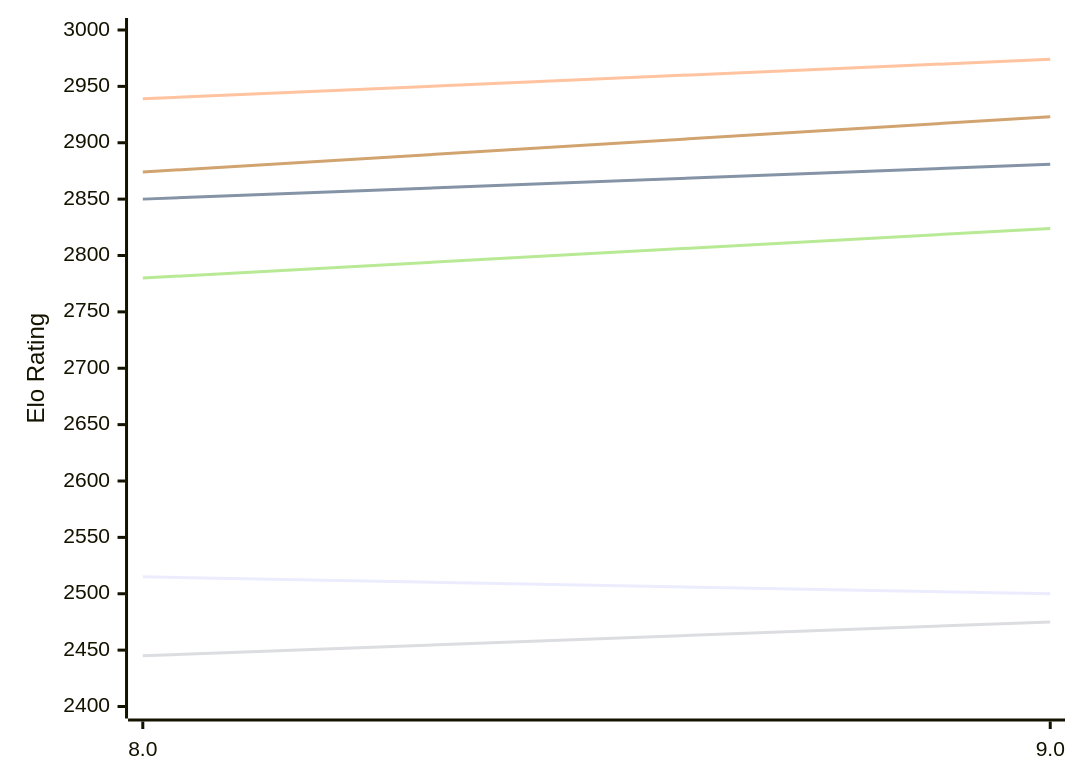
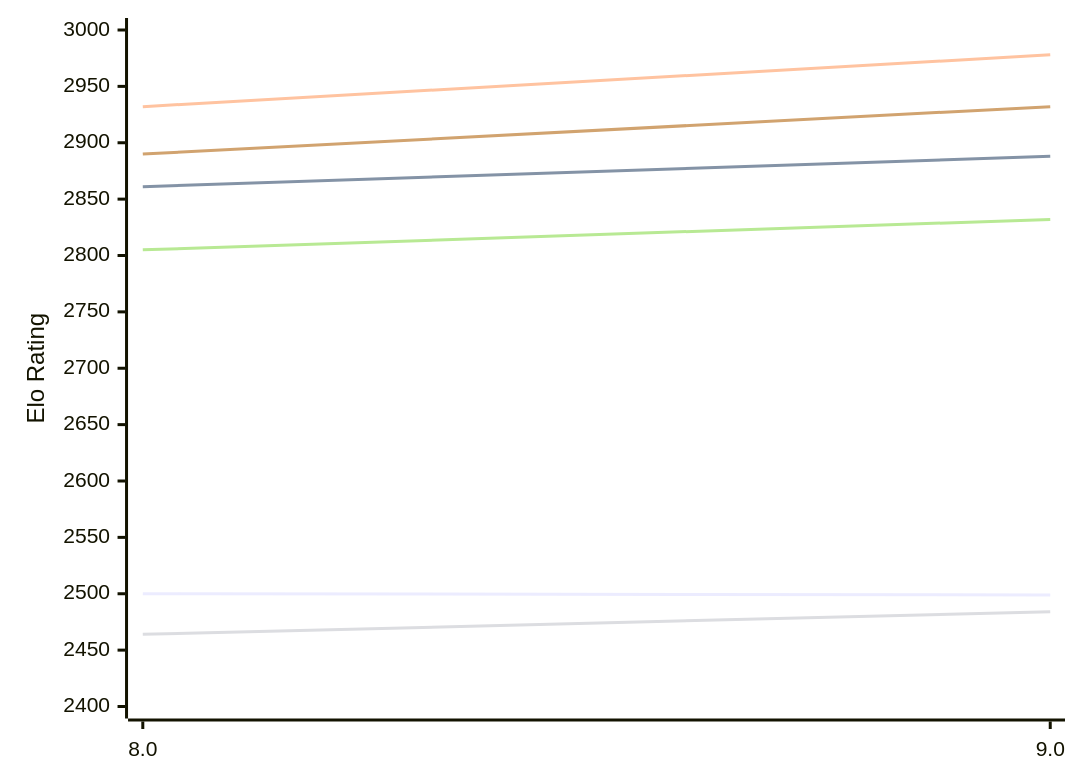
The first of 2 diagrams in engines/4kc.md (computer-chess-index/cci), drawn with Mermaid before and after one commit. The commit also changed other lines of this file, not shown here.

Commit message:
Update CCI Ratings (ELO VLTC) - 2026-11-25

````diff
--- a/engines/4kc.md
+++ b/engines/4kc.md
@@ -51,12 +51,12 @@
 ```mermaid
 %%{init: {"theme":"base","themeVariables":{"seriesColors:['#a3a3a3','#222221','#faa371']}}}%%
 xychart-beta
   x-axis ["8.0", "9.0"]
   y-axis "Elo Rating" 2400 --> 3000
-  line "E1: STC (8.0+0.08s)" [2515, 2500]
-  line "E1: LTC (60.0+0.60s)" [2850, 2881]
-  line "E1: VLTC (2m24s+1.12s)" [2939, 2974]
-  line "P1: STC (8.0+0.08s)" [2445, 2475]
-  line "P1: LTC (60.0+0.60s)" [2780, 2824]
-  line "P1: VLTC (2m24s+1.12s)" [2874, 2923]
+  line "E1: STC (8.0+0.08s)" [2500, 2499]
+  line "E1: LTC (60.0+0.60s)" [2861, 2888]
+  line "E1: VLTC (2m24s+1.12s)" [2932, 2978]
+  line "P1: STC (8.0+0.08s)" [2464, 2484]
+  line "P1: LTC (60.0+0.60s)" [2805, 2832]
+  line "P1: VLTC (2m24s+1.12s)" [2890, 2932]
 ```
````
